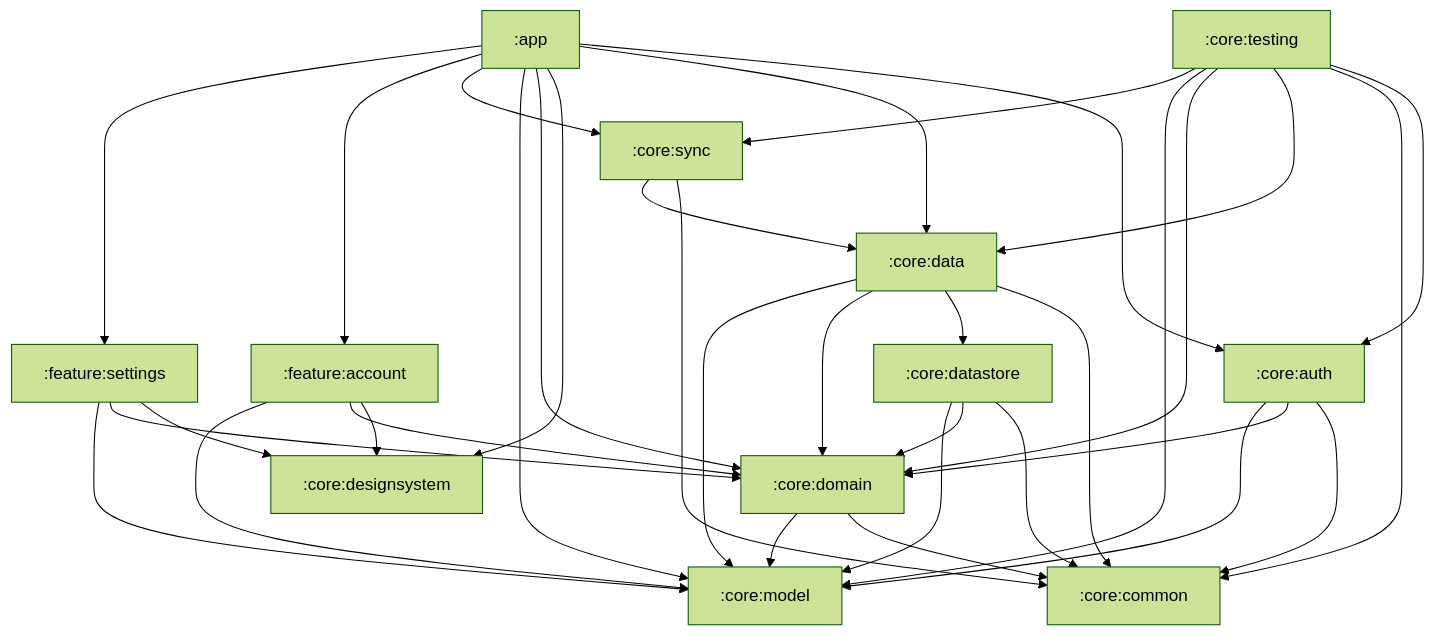
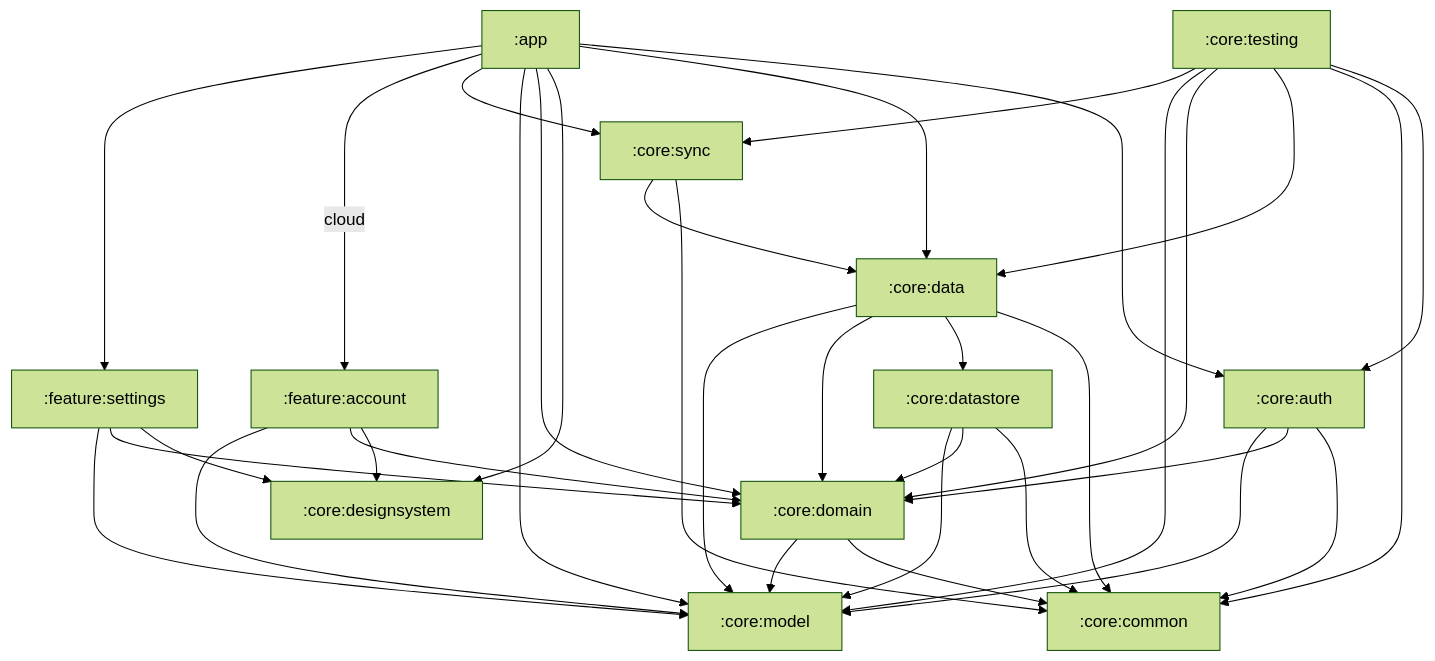
Before and after one commit to toomanyeduardos/rolabox: the diagram in README.md, drawn with Mermaid (forest theme). The commit also changed other lines of this file and 24 other files, not shown here.

````diff
--- a/README.md
+++ b/README.md
@@ -81,49 +125,49 @@
 ```mermaid
 graph TD
     app[":app"]
     core_auth[":core:auth"]
     core_common[":core:common"]
     core_data[":core:data"]
     core_datastore[":core:datastore"]
     core_designsystem[":core:designsystem"]
     core_domain[":core:domain"]
     core_model[":core:model"]
     core_sync[":core:sync"]
     core_testing[":core:testing"]
     feature_account[":feature:account"]
     feature_settings[":feature:settings"]
     app --> core_auth
     app --> core_data
     app --> core_designsystem
     app --> core_domain
     app --> core_model
     app --> core_sync
-    app --> feature_account
+    app -->|cloud| feature_account
     app --> feature_settings
     core_auth --> core_common
     core_auth --> core_domain
     core_auth --> core_model
     core_data --> core_common
     core_data --> core_datastore
     core_data --> core_domain
     core_data --> core_model
     core_datastore --> core_common
     core_datastore --> core_domain
     core_datastore --> core_model
     core_domain --> core_common
     core_domain --> core_model
     core_sync --> core_common
     core_sync --> core_data
     core_testing --> core_auth
     core_testing --> core_common
     core_testing --> core_data
     core_testing --> core_domain
     core_testing --> core_model
     core_testing --> core_sync
     feature_account --> core_designsystem
     feature_account --> core_domain
     feature_account --> core_model
     feature_settings --> core_designsystem
     feature_settings --> core_domain
     feature_settings --> core_model
 ```
````
